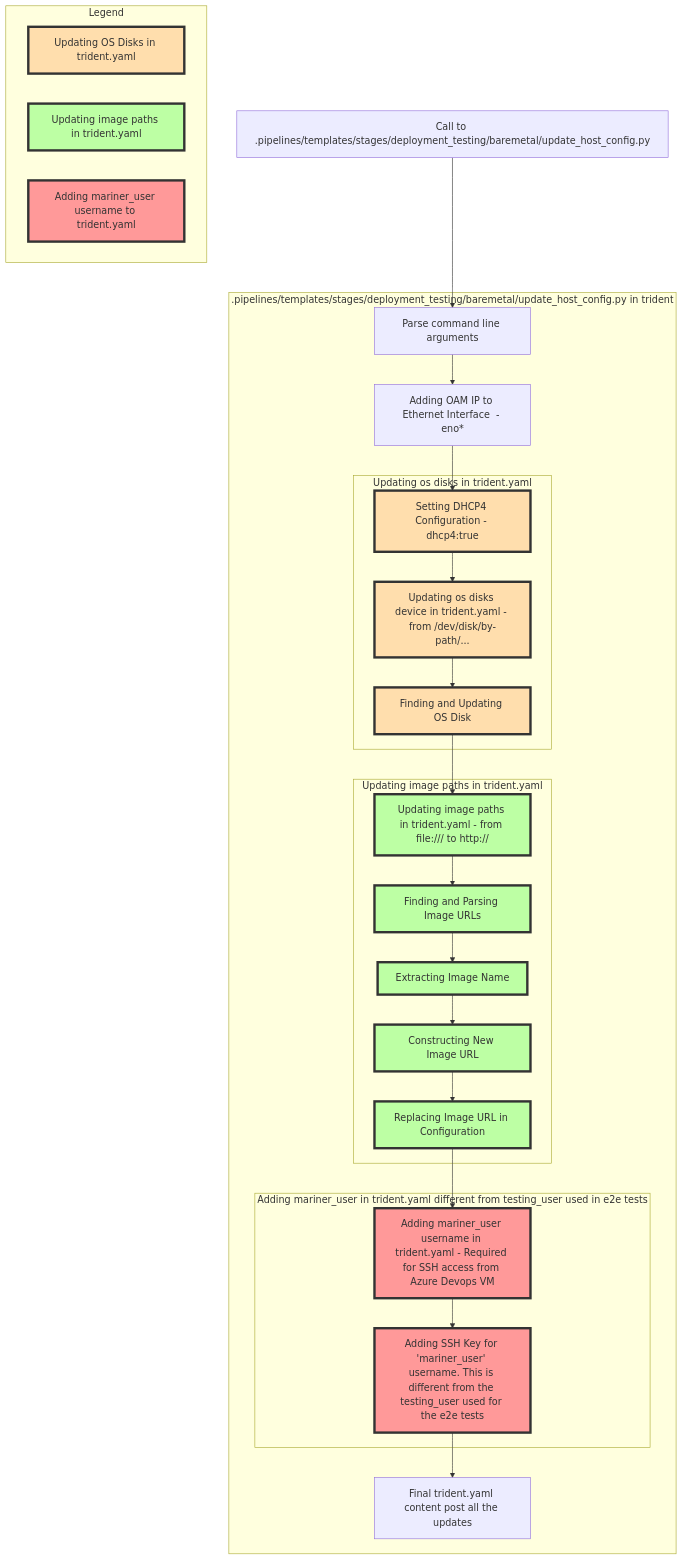
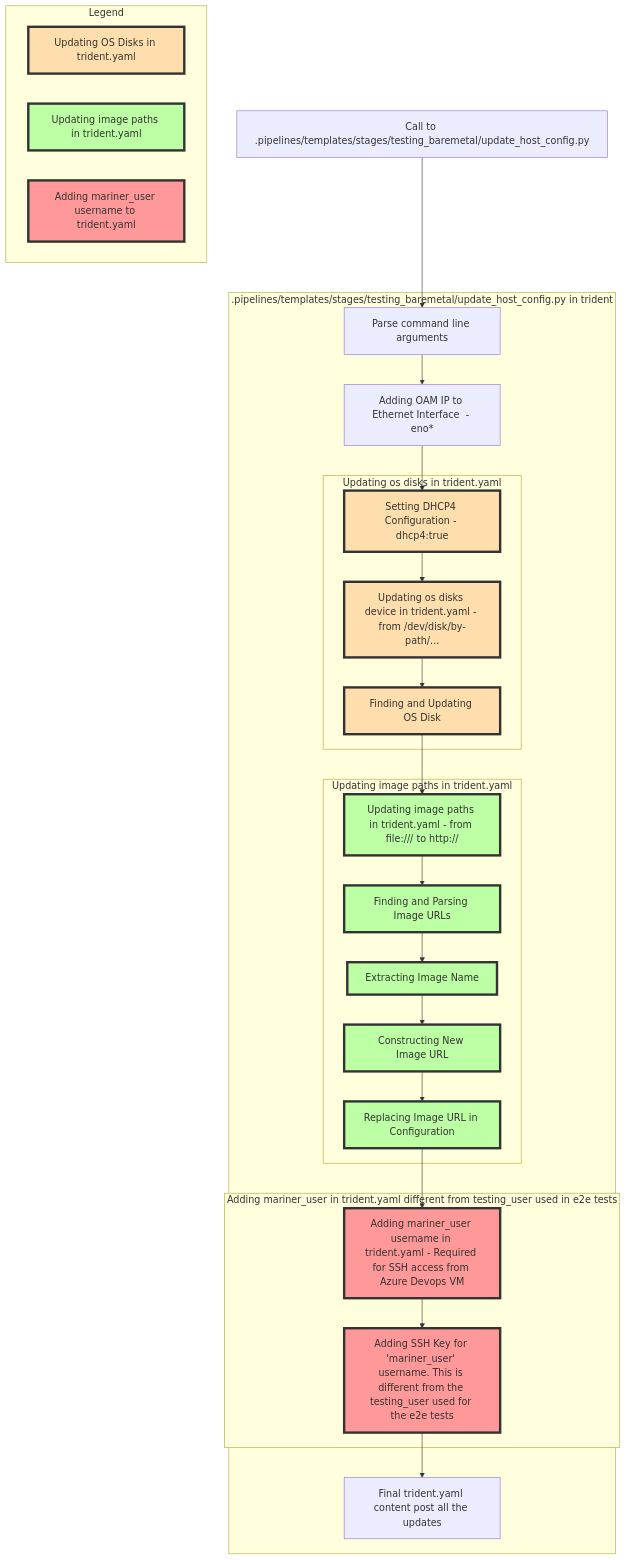
Before and after one commit to microsoft/trident: the diagram in dev-docs/diagrams/update-trident-yaml.mmd, drawn with Mermaid. The commit also changed 28 other files, not shown here.

```diff
--- a/dev-docs/diagrams/update-trident-yaml.mmd
+++ b/dev-docs/diagrams/update-trident-yaml.mmd
@@ -1,37 +1,37 @@
 graph TD;
     classDef Red fill:#FF9999,stroke:#333,stroke-width:4px;
     classDef Amber fill:#FFDEAD,stroke:#333,stroke-width:4px;
     classDef Green fill:#BDFFA4,stroke:#333,stroke-width:4px;
-    A[Call to .pipelines/templates/stages/deployment_testing/baremetal/update_host_config.py] --> B[Parse command line arguments];
-    subgraph .pipelines/templates/stages/deployment_testing/baremetal/update_host_config.py in trident
+    A[Call to .pipelines/templates/stages/testing_baremetal/update_host_config.py] --> B[Parse command line arguments];
+    subgraph .pipelines/templates/stages/testing_baremetal/update_host_config.py in trident
       B --> C[Adding OAM IP to Ethernet Interface  - eno*]
       C --> D[Setting DHCP4 Configuration - dhcp4:true];
       subgraph Updating os disks in trident.yaml
         D --> E[Updating os disks device in trident.yaml - from /dev/disk/by-path/...];
         E --> F[Finding and Updating OS Disk];
       end
       subgraph Updating image paths in trident.yaml
         F --> G[Updating image paths in trident.yaml - from file:/// to http://];
         G --> H[Finding and Parsing Image URLs];
         H --> I[Extracting Image Name];
         I --> J[Constructing New Image URL];
         J --> K[Replacing Image URL in Configuration];
       end
       subgraph Adding mariner_user in trident.yaml different from testing_user used in e2e tests
         K --> L[Adding mariner_user username in trident.yaml - Required for SSH access from Azure Devops VM];
         L --> M[Adding SSH Key for 'mariner_user' username. This is different from the testing_user used for the e2e tests];
       end
       M --> N[Final trident.yaml content post all the updates];
       class D,E,F Amber;
       class G,H,I,J,K Green;
       class L,M Red;
     end
     subgraph Legend
         direction LR
         LE2[Updating OS Disks in trident.yaml]
         LE3[Updating image paths in trident.yaml]
         LE4[Adding mariner_user username to trident.yaml]
         class LE2 Amber;
         class LE3 Green;
         class LE4 Red;
     end
```
